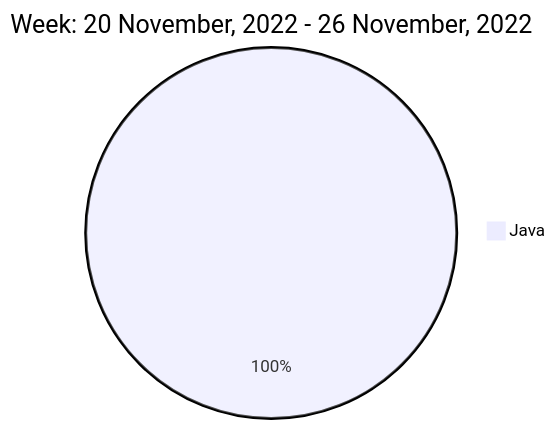
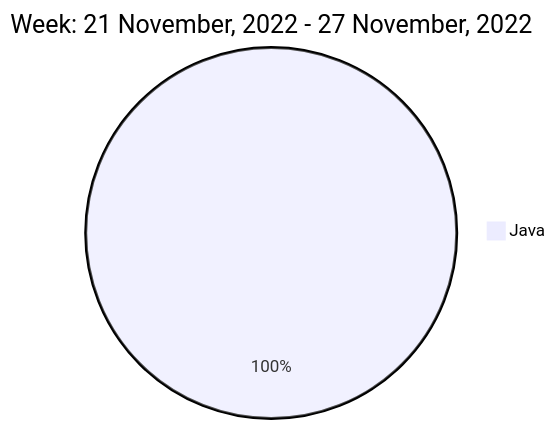
Before and after one commit to liubin95/liubin95: the diagram in README.md, drawn with Mermaid.

Commit message:
Updated the Graph with new Metrics

````diff
--- a/README.md
+++ b/README.md
@@ -40,5 +40,5 @@
 ```mermaid
  pie
-title Week: 20 November, 2022 - 26 November, 2022
+title Week: 21 November, 2022 - 27 November, 2022
  "Java" : 17.58
 ```
````
